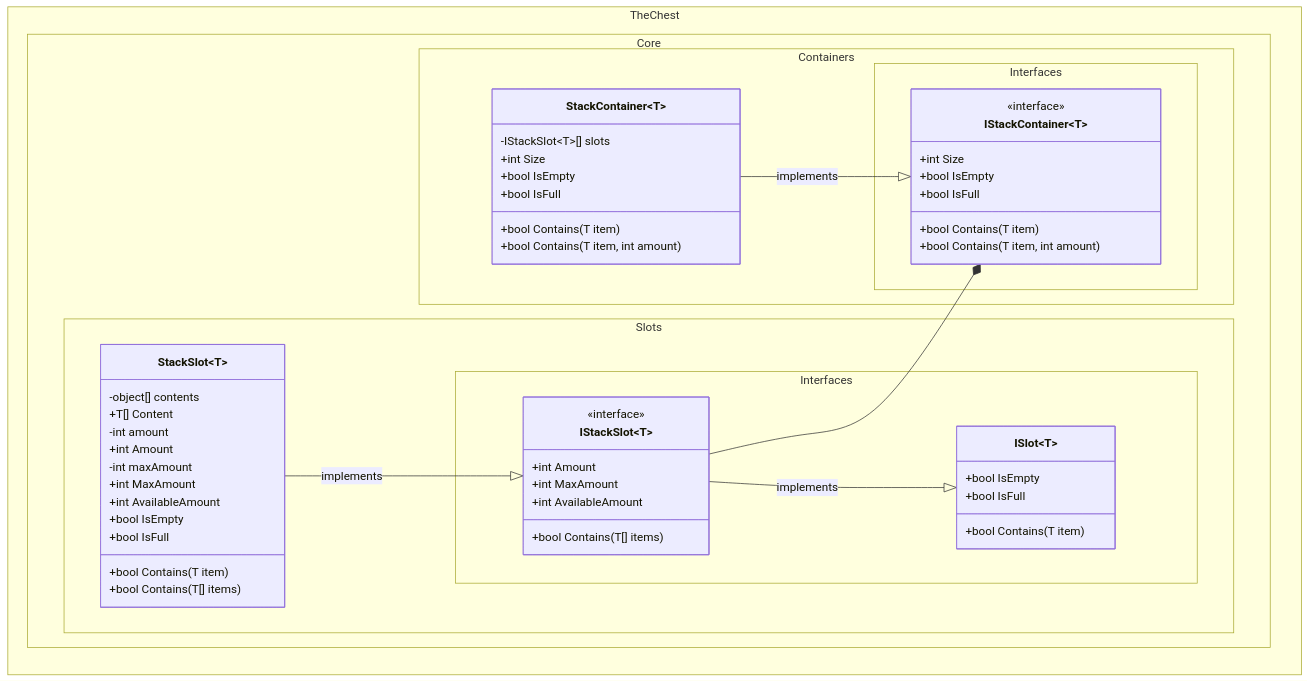
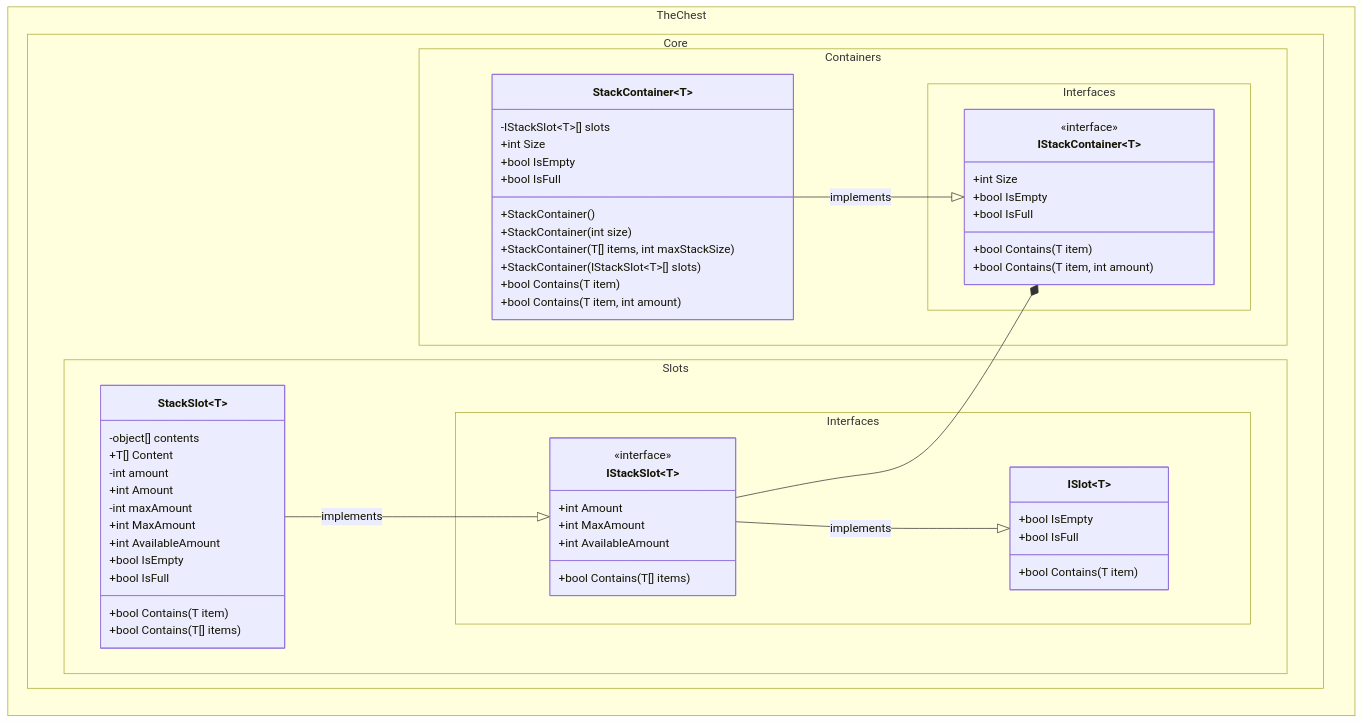
Before and after one commit to The-Chest/TheChest.Core: the second of 3 diagrams in docs/class_diagram.md, drawn with Mermaid. The commit also changed other lines of this file and 9 other files, not shown here.

````diff
--- a/docs/class_diagram.md
+++ b/docs/class_diagram.md
@@ -66,67 +79,77 @@
 ```mermaid
 ---
 config:
   theme: mc
   look: classic
   class:
     hideEmptyMembersBox: true
 ---
 classDiagram
 direction BT
 	namespace TheChest.Core.Containers.Interfaces {
 		class IStackContainer~T~ {
 	        +int Size
 	        +bool IsEmpty
 	        +bool IsFull
 	        +bool Contains(T item)
 			+bool Contains(T item, int amount)
         }
 	}
 	namespace TheChest.Core.Slots.Interfaces {
         class ISlot~T~ {
 	        +bool IsEmpty
 	        +bool IsFull
 	        +bool Contains(T item)
         }
         class IStackSlot~T~ {
             +int Amount
             +int MaxAmount
             +int AvailableAmount
 	        +bool Contains(T[] items)
         }
 	}
 	namespace TheChest.Core.Containers {
 		class StackContainer~T~ {
 			-IStackSlot~T~[] slots
-	        +int Size
+
+			+StackContainer()
+			+StackContainer(int size)
+			+StackContainer(T[] items, int maxStackSize)
+			+StackContainer(IStackSlot~T~[] slots)
+	        
+			+int Size
 	        +bool IsEmpty
 	        +bool IsFull
 	        +bool Contains(T item)
 			+bool Contains(T item, int amount)
         }
 	}
 
 	namespace TheChest.Core.Slots {
 		class StackSlot~T~{
 			-object[] contents
 			+T[] Content
+
 			-int amount            
 			+int Amount
+
 			-int maxAmount
             +int MaxAmount
+
             +int AvailableAmount
 	        +bool IsEmpty
 	        +bool IsFull
+
 	        +bool Contains(T item)
 	        +bool Contains(T[] items)
 		}
 	}
 
 	<<interface>> IStackContainer
     <<interface>> IStackSlot
 
     StackContainer --|> IStackContainer : implements
     IStackSlot --|> ISlot : implements
     StackSlot --|> IStackSlot : implements
     IStackSlot --* IStackContainer
 ```
````
